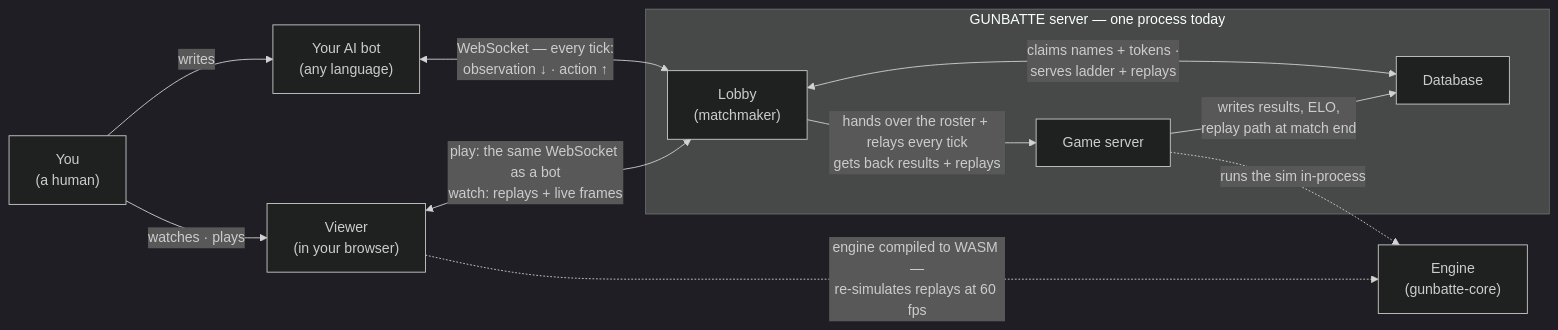
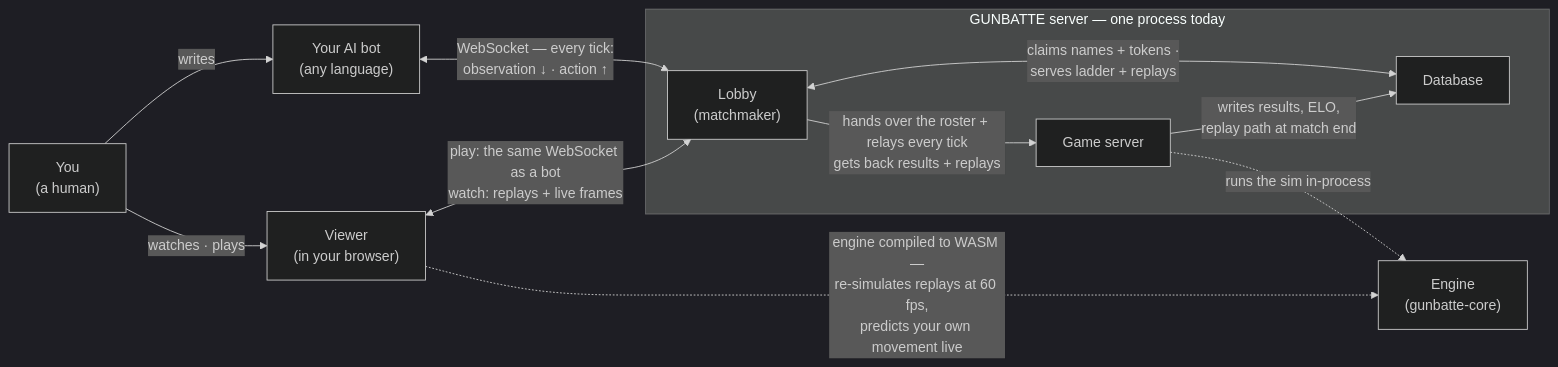
The diagram in docs/ARCHITECTURE.md (ahaqqu/gunbatte), drawn with Mermaid (dark theme) before and after one commit. The commit also changed other lines of this file and 8 other files, not shown here.

First line of the commit message:
instant own-unit movement: client-side prediction via a movement oracle (#84)

````diff
--- a/docs/ARCHITECTURE.md
+++ b/docs/ARCHITECTURE.md
@@ -22,24 +22,24 @@
 ```mermaid
 flowchart LR
     you["You<br/>(a human)"]
     bot["Your AI bot<br/>(any language)"]
     viewer["Viewer<br/>(in your browser)"]
     engine["Engine<br/>(gunbatte-core)"]
 
     subgraph server["GUNBATTE server — one process today"]
         lobby["Lobby<br/>(matchmaker)"]
         game["Game server"]
         db["Database"]
 
         lobby <-->|"claims names + tokens ·<br/>serves ladder + replays"| db
         lobby -->|"hands over the roster + relays every tick<br/>gets back results + replays"| game
         game -->|"writes results, ELO,<br/>replay path at match end"| db
     end
 
     you -->|"writes"| bot
     you -->|"watches · plays"| viewer
     viewer <-->|"play: the same WebSocket as a bot<br/>watch: replays + live frames"| lobby
     bot <-->|"WebSocket — every tick:<br/>observation ↓ · action ↑"| lobby
     game -.->|"runs the sim in-process"| engine
-    viewer -.->|"engine compiled to WASM —<br/>re-simulates replays at 60 fps"| engine
+    viewer -.->|"engine compiled to WASM —<br/>re-simulates replays at 60 fps,<br/>predicts your own movement live"| engine
 ```
````
